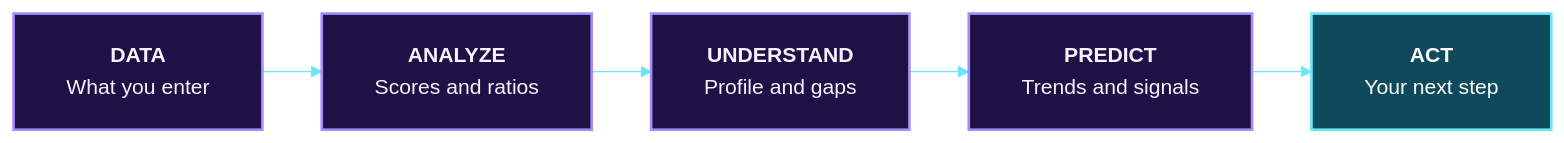
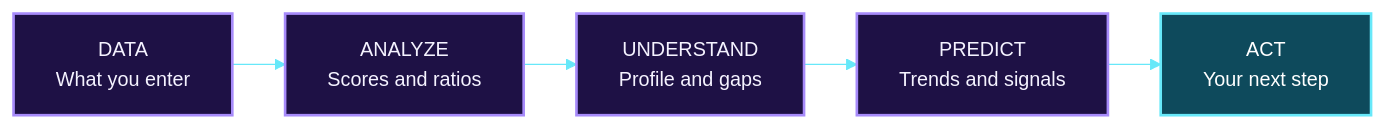
Before and after one commit to Mansi232323/MANSHORA: the first of 17 diagrams in README.md, drawn with Mermaid. The commit also changed other lines of this file, not shown here.

````diff
--- a/README.md
+++ b/README.md
@@ -38,12 +52,12 @@
 ```mermaid
-%%{init: {'theme':'base','themeVariables':{'fontSize':'16px','fontFamily':'Arial, Helvetica, sans-serif','primaryColor':'#1e1145','primaryTextColor':'#f5f3ff','primaryBorderColor':'#a78bfa','lineColor':'#67e8f9'},'flowchart':{'htmlLabels':true,'nodeSpacing':40,'rankSpacing':45,'padding':20,'wrappingWidth':260}}}%%
+%%{init: {'theme':'base','themeVariables':{'fontSize':'15px','fontFamily':'Arial, Helvetica, sans-serif','primaryColor':'#1e1145','primaryTextColor':'#f5f3ff','primaryBorderColor':'#a78bfa','lineColor':'#67e8f9','textColor':'#f5f3ff','edgeLabelBackground':'#1e1145'},'flowchart':{'htmlLabels':true,'nodeSpacing':35,'rankSpacing':40,'padding':16,'curve':'linear'}}}%%
 flowchart LR
-    A["<b>DATA</b><br/>What you enter"] --> B["<b>ANALYZE</b><br/>Scores and ratios"]
-    B --> C["<b>UNDERSTAND</b><br/>Profile and gaps"]
-    C --> D["<b>PREDICT</b><br/>Trends and signals"]
-    D --> E["<b>ACT</b><br/>Your next step"]
+    A["DATA<br/>What you enter"] --> B["ANALYZE<br/>Scores and ratios"]
+    B --> C["UNDERSTAND<br/>Profile and gaps"]
+    C --> D["PREDICT<br/>Trends and signals"]
+    D --> E["ACT<br/>Your next step"]
     classDef step fill:#1e1145,stroke:#a78bfa,stroke-width:2px,color:#f5f3ff
     classDef goal fill:#0e4a5c,stroke:#67e8f9,stroke-width:2px,color:#ffffff
     class A,B,C,D step
     class E goal
 ```
````
